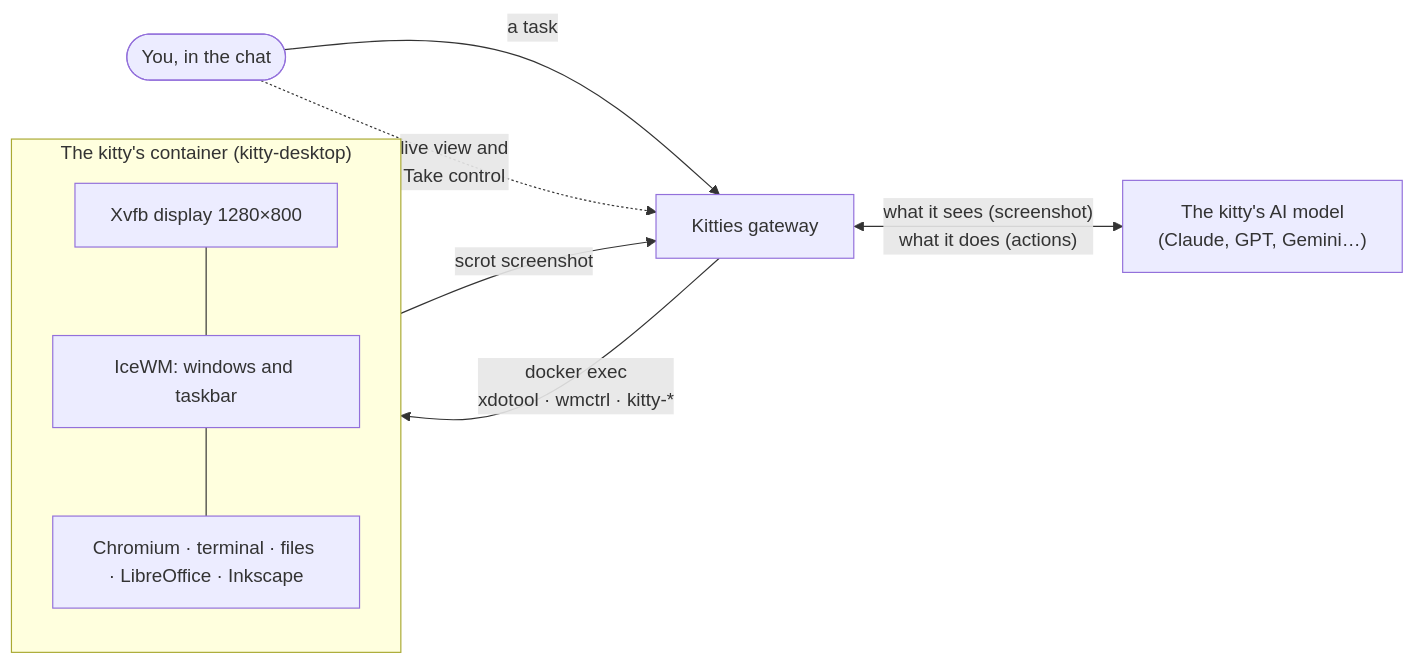
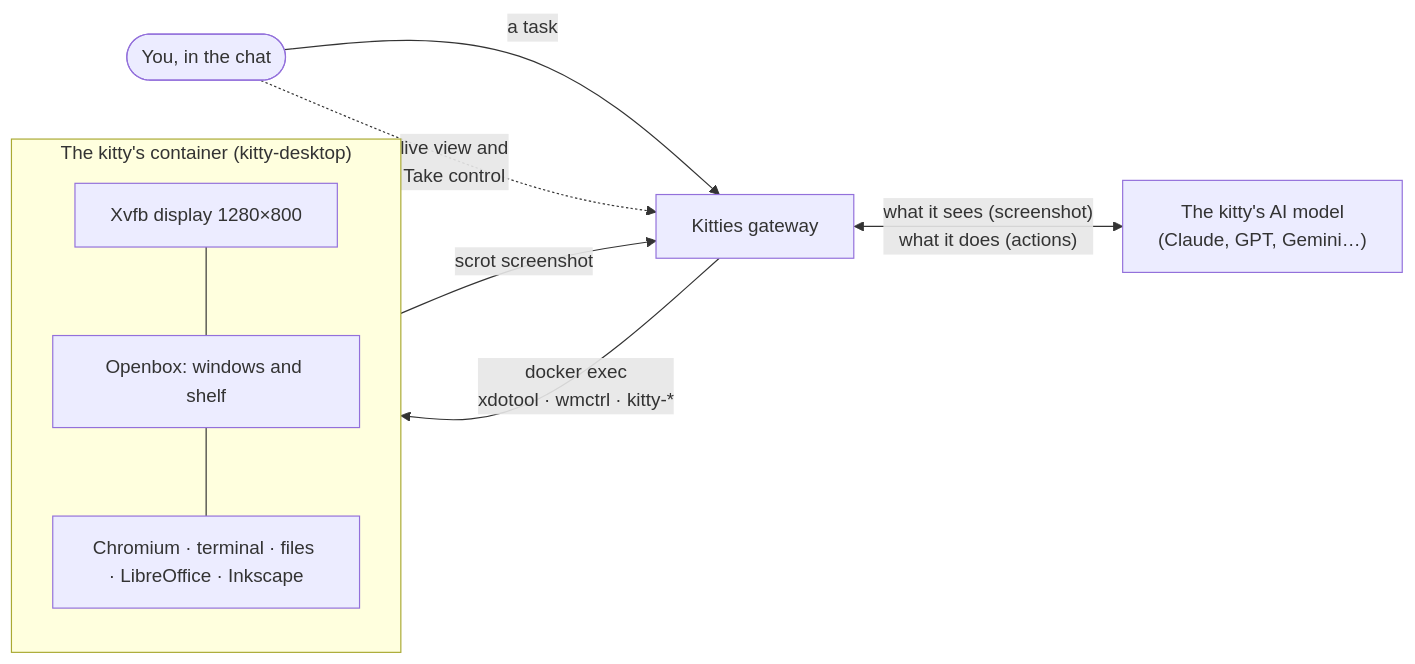
Before and after one commit to madkoding/kitties: the first of 2 diagrams in docs/DESKTOP.md, drawn with Mermaid. The commit also changed other lines of this file and 15 other files, not shown here.

````diff
--- a/docs/DESKTOP.md
+++ b/docs/DESKTOP.md
@@ -13,13 +13,13 @@
 ```mermaid
 flowchart LR
     you(["You, in the chat"]) -->|a task| gw["Kitties gateway"]
     gw <-->|"what it sees (screenshot)<br/>what it does (actions)"| ai["The kitty's AI model<br/>(Claude, GPT, Gemini…)"]
     gw -->|"docker exec<br/>xdotool · wmctrl · kitty-*"| box
     box -->|scrot screenshot| gw
     subgraph box ["The kitty's container (kitty-desktop)"]
         direction TB
-        x["Xvfb display 1280×800"] --- wm["IceWM: windows and taskbar"]
+        x["Xvfb display 1280×800"] --- wm["Openbox: windows and shelf"]
         wm --- apps["Chromium · terminal · files · LibreOffice · Inkscape"]
     end
     you -.->|"live view and<br/>Take control"| gw
 ```
````
